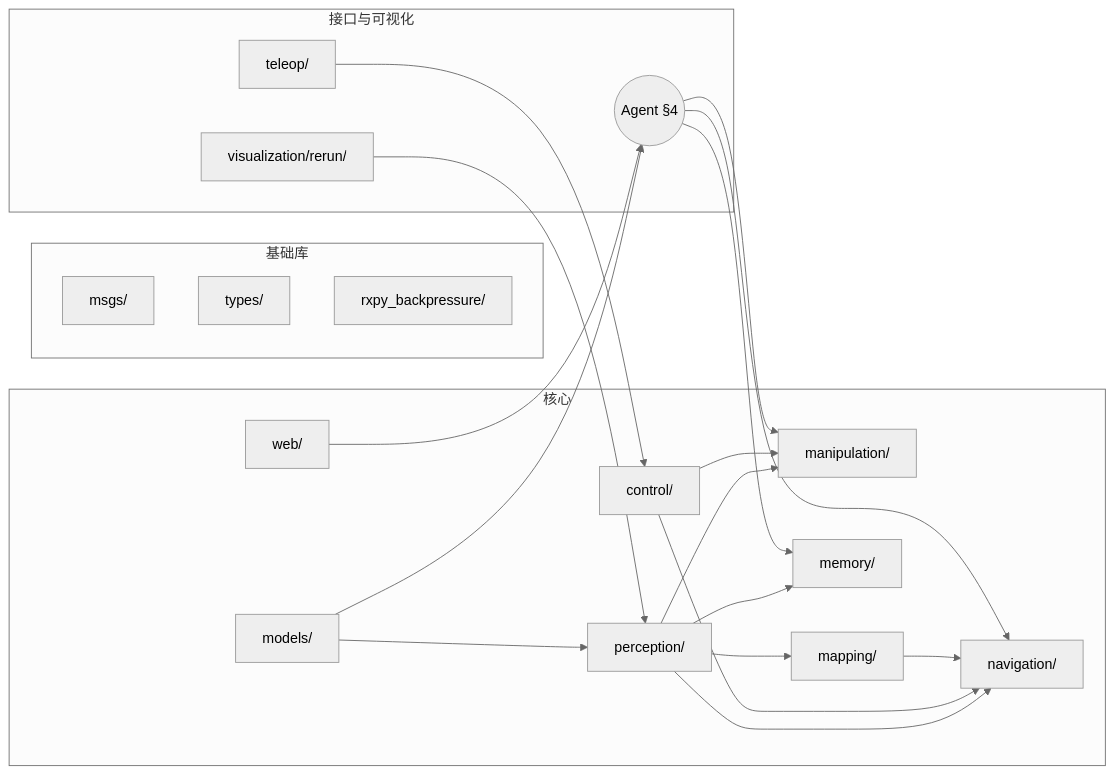
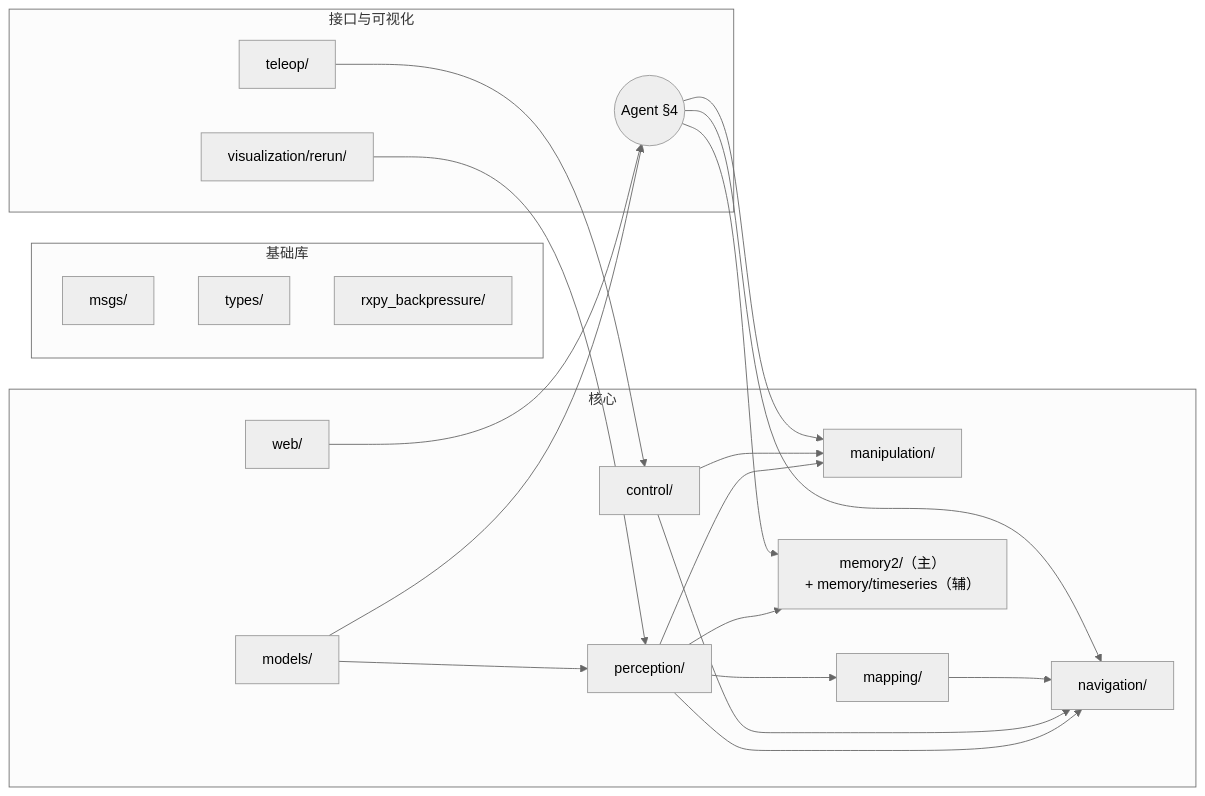
One commit to cpy1990/dimos changed the seventh of 8 diagrams in docs/architecture/README.md. Above: the diagram before and after it, drawn with Mermaid (neutral theme). The commit also changed other lines of this file and 2 other files, not shown here.

Commit message:
docs(architecture): batch D — memory2 subsystem + Porcelain §4.5 + 14 fan-out

````diff
--- a/docs/architecture/README.md
+++ b/docs/architecture/README.md
@@ -706,38 +741,38 @@
 ```mermaid
 flowchart LR
   subgraph 基础库
     MSG[msgs/]
     TYP[types/]
     RXBP[rxpy_backpressure/]
   end
   subgraph 核心
     CTRL[control/]
     PER[perception/]
     NAV[navigation/]
     MAN[manipulation/]
     MAP[mapping/]
-    MEM[memory/]
+    MEM[memory2/（主）<br/>+ memory/timeseries（辅）]
     MOD[models/]
     WEB[web/]
   end
   subgraph 接口与可视化
     VIZ[visualization/rerun/]
     TEL[teleop/]
     AGT((Agent §4))
   end
   PER --> MEM
   PER --> NAV
   PER --> MAN
   PER --> MAP
   CTRL --> MAN
   CTRL --> NAV
   MOD --> PER
   MOD --> AGT
   MAP --> NAV
   AGT --> NAV
   AGT --> MAN
   AGT --> MEM
   WEB --> AGT
   VIZ --> PER
   TEL --> CTRL
 ```
````
